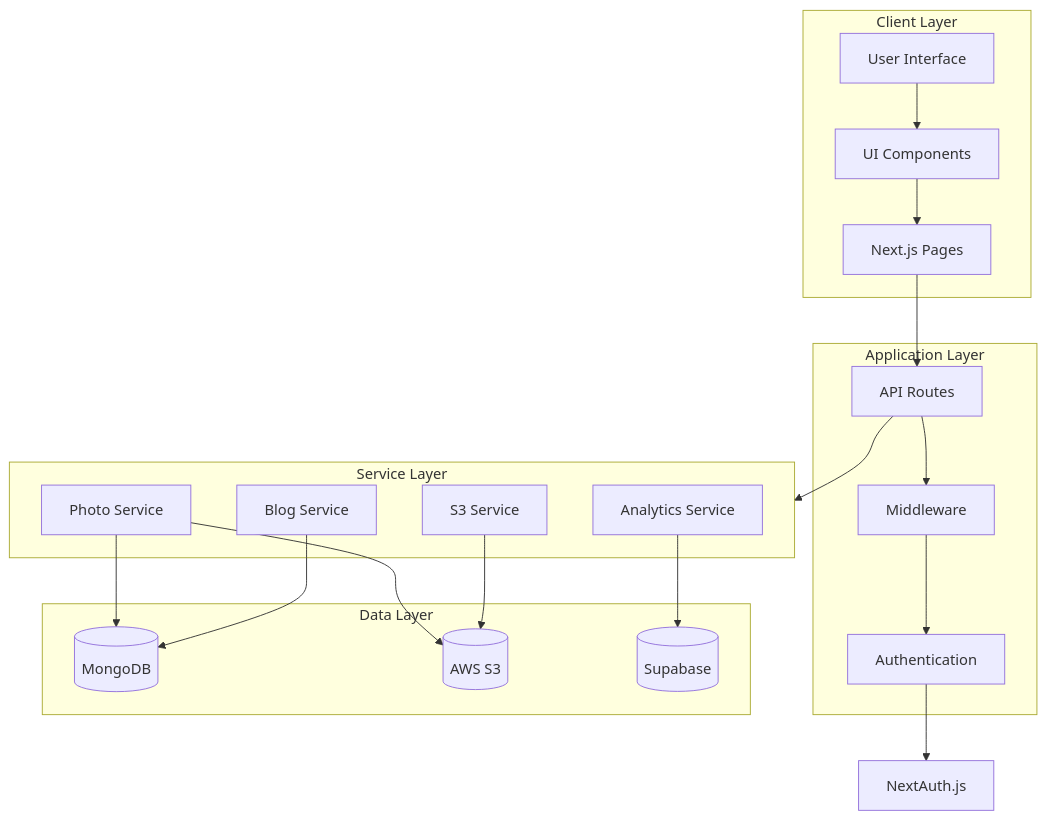
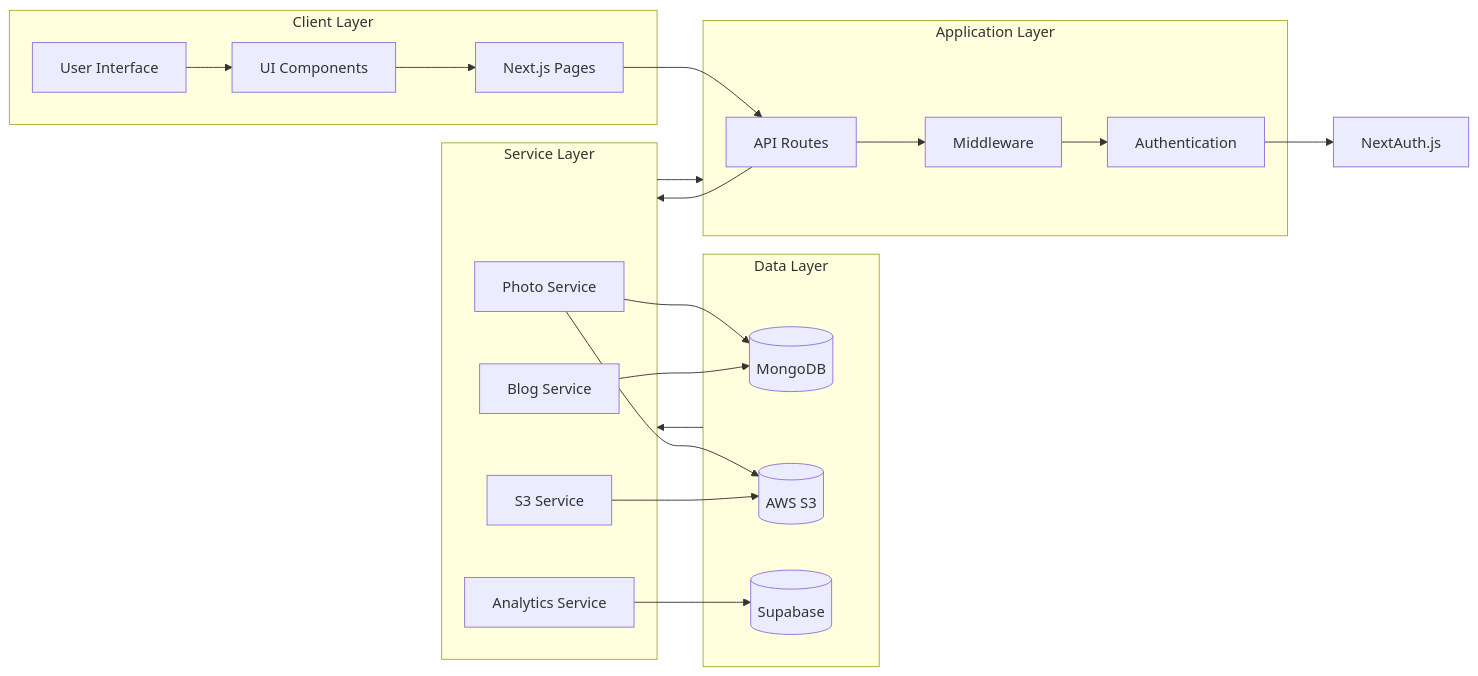
One commit to algorhythmic/daviddunn.tech changed the diagram in README.md. Above: the diagram before and after it, drawn with Mermaid.

Commit message:
Fix architecture diagram layout in README.md to match docs/architecture.md

````diff
--- a/README.md
+++ b/README.md
@@ -70,45 +70,55 @@
 ```mermaid
-graph TB
-    %% Client Layer
-    subgraph Client[Client Layer]
-        UI[User Interface]
-        Components[UI Components]
-        Pages[Next.js Pages]
-    end
-
-    %% Application Layer
-    subgraph App[Application Layer]
-        API[API Routes]
-        Auth[Authentication]
-        Middleware[Middleware]
-    end
-
+graph LR
     %% Service Layer
-    subgraph Services[Service Layer]
+    subgraph Services ["Service Layer"]
         PhotoService[Photo Service]
         BlogService[Blog Service]
         AnalyticsService[Analytics Service]
         S3Service[S3 Service]
     end
 
     %% Data Layer
-    subgraph Data[Data Layer]
+    subgraph Data ["Data Layer"]
         MongoDB[(MongoDB)]
         S3[(AWS S3)]
         Supabase[(Supabase)]
     end
 
-    %% Connections
+    %% Application Layer
+    subgraph App ["Application Layer"]
+        API[API Routes]
+        Auth[Authentication]
+        Middleware[Middleware]
+    end
+
+    %% Client Layer
+    subgraph Client ["Client Layer"]
+        UI[User Interface]
+        Components[UI Components]
+        Pages[Next.js Pages]
+    end
+
+    %% Client Layer Connections
     UI --> Components
     Components --> Pages
     Pages --> API
+
+    %% Application Layer Connections
     API --> Middleware
     Middleware --> Auth
     API --> Services
+
+    %% Service Layer Connections
     PhotoService --> MongoDB
     PhotoService --> S3
     BlogService --> MongoDB
     AnalyticsService --> Supabase
     S3Service --> S3
+
+    %% External Services
     Auth --> NextAuth[NextAuth.js]
+
+    %% Define order
+    Services --> App
+    Data --> Services
 ```
````
